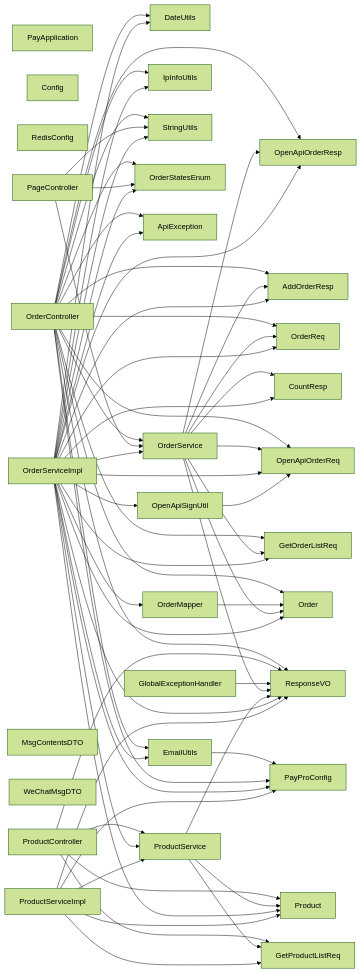
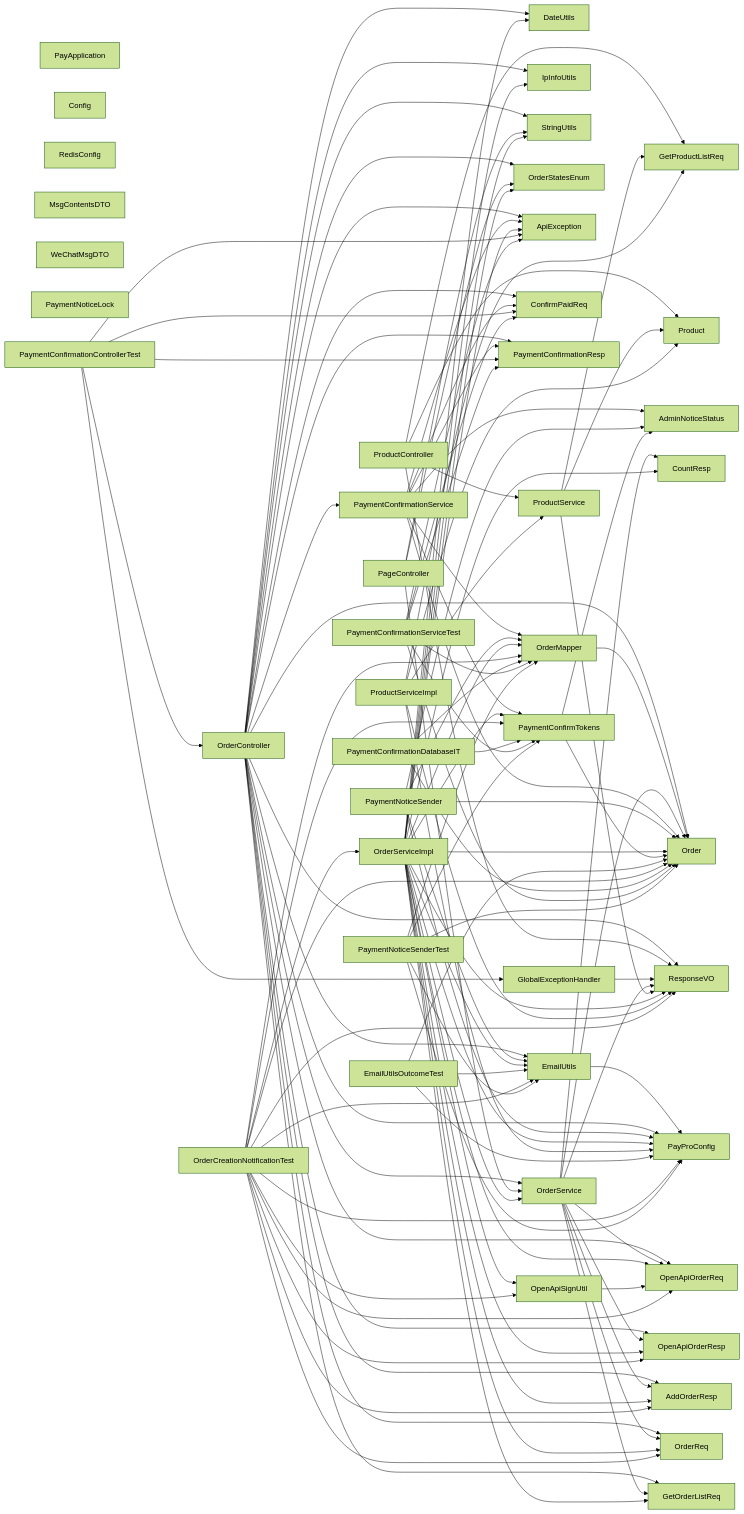
The diagram in docs/codegraph-dependencies.mmd (ma906584241/PayPro), drawn with Mermaid (forest theme) before and after one commit. The commit also changed 48 other files, not shown here.

```diff
--- a/docs/codegraph-dependencies.mmd
+++ b/docs/codegraph-dependencies.mmd
@@ -1,96 +1,159 @@
 flowchart LR
     %% Static imports only; not runtime calls.
     J0["PayApplication"]
     J1["DateUtils"]
     J2["EmailUtils"]
     J3["IpInfoUtils"]
     J4["StringUtils"]
     J5["Config"]
     J6["PayProConfig"]
     J7["RedisConfig"]
     J8["OrderController"]
     J9["PageController"]
     J10["ProductController"]
     J11["MsgContentsDTO"]
     J12["WeChatMsgDTO"]
     J13["Order"]
     J14["Product"]
-    J15["OrderStatesEnum"]
-    J16["ApiException"]
-    J17["GlobalExceptionHandler"]
-    J18["OrderMapper"]
-    J19["ResponseVO"]
-    J20["GetOrderListReq"]
-    J21["GetProductListReq"]
-    J22["OpenApiOrderReq"]
-    J23["OrderReq"]
-    J24["AddOrderResp"]
-    J25["CountResp"]
-    J26["OpenApiOrderResp"]
-    J27["OrderService"]
-    J28["ProductService"]
-    J29["OrderServiceImpl"]
-    J30["ProductServiceImpl"]
-    J31["OpenApiSignUtil"]
+    J15["AdminNoticeStatus"]
+    J16["OrderStatesEnum"]
+    J17["ApiException"]
+    J18["GlobalExceptionHandler"]
+    J19["OrderMapper"]
+    J20["ResponseVO"]
+    J21["ConfirmPaidReq"]
+    J22["GetOrderListReq"]
+    J23["GetProductListReq"]
+    J24["OpenApiOrderReq"]
+    J25["OrderReq"]
+    J26["AddOrderResp"]
+    J27["CountResp"]
+    J28["OpenApiOrderResp"]
+    J29["PaymentConfirmationResp"]
+    J30["OrderService"]
+    J31["PaymentConfirmationService"]
+    J32["PaymentNoticeLock"]
+    J33["PaymentNoticeSender"]
+    J34["ProductService"]
+    J35["OrderServiceImpl"]
+    J36["ProductServiceImpl"]
+    J37["OpenApiSignUtil"]
+    J38["PaymentConfirmTokens"]
+    J39["EmailUtilsOutcomeTest"]
+    J40["OrderCreationNotificationTest"]
+    J41["PaymentConfirmationControllerTest"]
+    J42["PaymentConfirmationDatabaseIT"]
+    J43["PaymentConfirmationServiceTest"]
+    J44["PaymentNoticeSenderTest"]
     J2 --> J6
     J8 --> J1
     J8 --> J2
     J8 --> J3
     J8 --> J4
     J8 --> J6
     J8 --> J13
-    J8 --> J15
     J8 --> J16
-    J8 --> J19
+    J8 --> J17
     J8 --> J20
+    J8 --> J21
     J8 --> J22
-    J8 --> J23
     J8 --> J24
+    J8 --> J25
     J8 --> J26
-    J8 --> J27
+    J8 --> J28
+    J8 --> J29
+    J8 --> J30
+    J8 --> J31
     J9 --> J4
-    J9 --> J15
-    J9 --> J27
+    J9 --> J16
+    J9 --> J30
     J10 --> J14
-    J10 --> J19
-    J10 --> J21
-    J10 --> J28
-    J17 --> J19
-    J18 --> J13
-    J27 --> J13
-    J27 --> J19
-    J27 --> J20
-    J27 --> J22
-    J27 --> J23
-    J27 --> J24
-    J27 --> J25
-    J27 --> J26
-    J28 --> J14
-    J28 --> J19
-    J28 --> J21
-    J29 --> J1
-    J29 --> J2
-    J29 --> J3
-    J29 --> J4
-    J29 --> J6
-    J29 --> J13
-    J29 --> J14
-    J29 --> J15
-    J29 --> J16
-    J29 --> J18
-    J29 --> J19
-    J29 --> J20
-    J29 --> J22
-    J29 --> J23
-    J29 --> J24
-    J29 --> J25
-    J29 --> J26
-    J29 --> J27
-    J29 --> J28
-    J29 --> J31
-    J30 --> J6
-    J30 --> J14
-    J30 --> J19
-    J30 --> J21
+    J10 --> J20
+    J10 --> J23
+    J10 --> J34
+    J18 --> J20
+    J19 --> J13
+    J30 --> J13
+    J30 --> J20
+    J30 --> J22
+    J30 --> J24
+    J30 --> J25
+    J30 --> J26
+    J30 --> J27
     J30 --> J28
-    J31 --> J22
+    J31 --> J13
+    J31 --> J15
+    J31 --> J17
+    J31 --> J19
+    J31 --> J21
+    J31 --> J29
+    J31 --> J38
+    J33 --> J2
+    J33 --> J6
+    J33 --> J13
+    J33 --> J15
+    J33 --> J19
+    J34 --> J14
+    J34 --> J20
+    J34 --> J23
+    J35 --> J1
+    J35 --> J2
+    J35 --> J3
+    J35 --> J4
+    J35 --> J6
+    J35 --> J13
+    J35 --> J16
+    J35 --> J17
+    J35 --> J19
+    J35 --> J20
+    J35 --> J22
+    J35 --> J24
+    J35 --> J25
+    J35 --> J26
+    J35 --> J27
+    J35 --> J28
+    J35 --> J30
+    J35 --> J37
+    J35 --> J38
+    J36 --> J6
+    J36 --> J14
+    J36 --> J20
+    J36 --> J23
+    J36 --> J34
+    J37 --> J24
+    J38 --> J13
+    J38 --> J15
+    J39 --> J2
+    J39 --> J6
+    J39 --> J13
+    J40 --> J2
+    J40 --> J6
+    J40 --> J13
+    J40 --> J19
+    J40 --> J20
+    J40 --> J24
+    J40 --> J25
+    J40 --> J26
+    J40 --> J28
+    J40 --> J35
+    J40 --> J37
+    J40 --> J38
+    J41 --> J8
+    J41 --> J17
+    J41 --> J18
+    J41 --> J21
+    J41 --> J29
+    J42 --> J13
+    J42 --> J19
+    J42 --> J38
+    J43 --> J13
+    J43 --> J17
+    J43 --> J19
+    J43 --> J21
+    J43 --> J29
+    J43 --> J38
+    J44 --> J2
+    J44 --> J6
+    J44 --> J13
+    J44 --> J19
+    J44 --> J38
```
